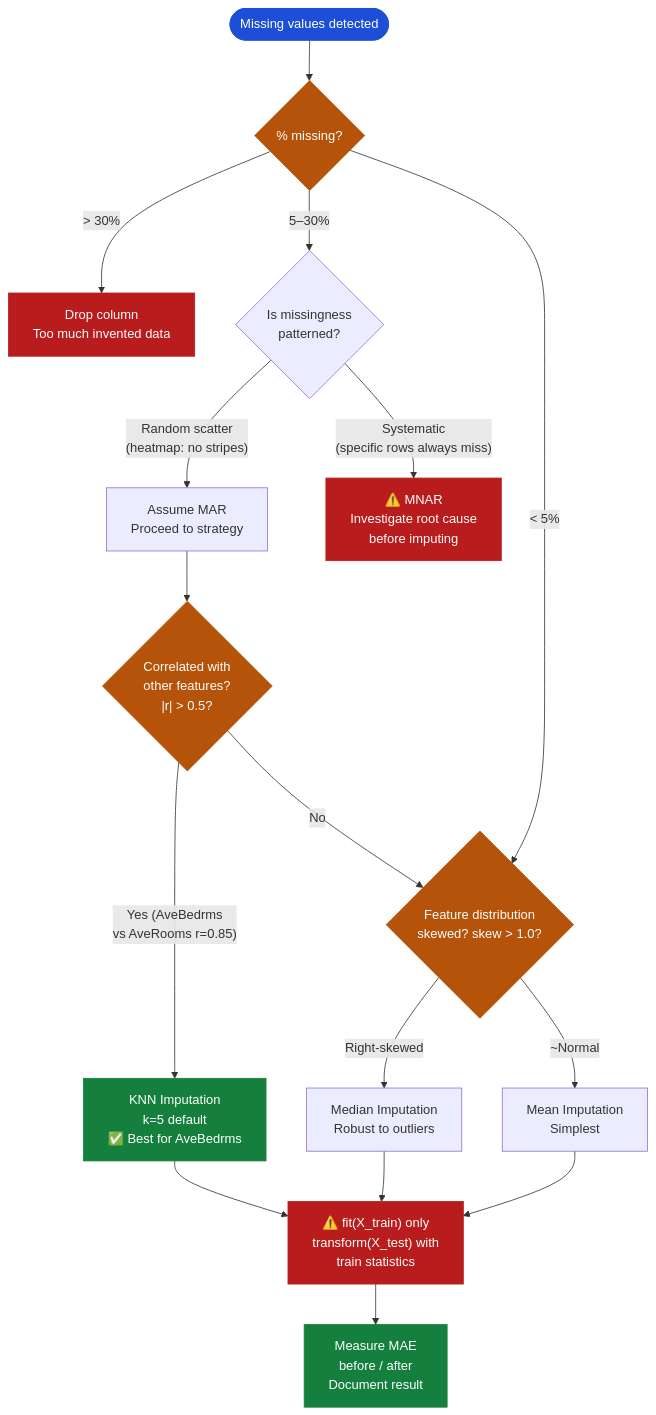
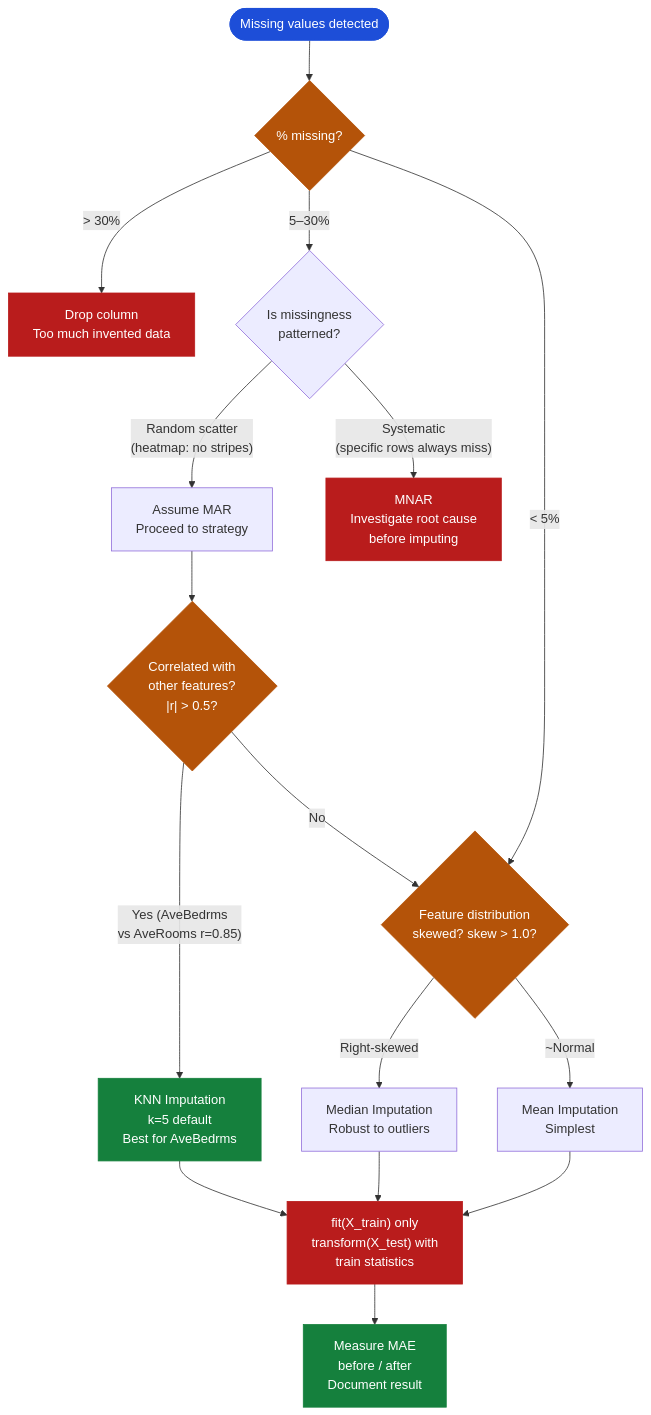
Before and after one commit to dsgouda7/ai-portfolio: the second of 2 diagrams in notes/01-ml/01-regression/ch00a-data-prep/README.md, drawn with Mermaid. The commit also changed other lines of this file and 179 other files, not shown here.

````diff
--- a/notes/01-ml/01-regression/ch00a-data-prep/README.md
+++ b/notes/01-ml/01-regression/ch00a-data-prep/README.md
@@ -710,34 +709,34 @@
 ```mermaid
 flowchart TD
-    START(["Missing values detected"]) --> PCT{"% missing?"}
+ START(["Missing values detected"]) --> PCT{"% missing?"}
 
-    PCT -->|"> 30%"| DROP2["Drop column\nToo much invented data"]
-    PCT -->|"5–30%"| PATTERN{"Is missingness\npatterned?"}
-    PCT -->|"< 5%"| DIST{"Feature distribution\nskewed? skew > 1.0?"}
+ PCT -->|"> 30%"| DROP2["Drop column\nToo much invented data"]
+ PCT -->|"5–30%"| PATTERN{"Is missingness\npatterned?"}
+ PCT -->|"< 5%"| DIST{"Feature distribution\nskewed? skew > 1.0?"}
 
-    PATTERN -->|"Random scatter\n(heatmap: no stripes)"| MAR["Assume MAR\nProceed to strategy"]
-    PATTERN -->|"Systematic\n(specific rows always miss)"| MNAR["⚠️ MNAR\nInvestigate root cause\nbefore imputing"]
+ PATTERN -->|"Random scatter\n(heatmap: no stripes)"| MAR["Assume MAR\nProceed to strategy"]
+ PATTERN -->|"Systematic\n(specific rows always miss)"| MNAR[" MNAR\nInvestigate root cause\nbefore imputing"]
 
-    MAR --> CORR2{"Correlated with\nother features?\n|r| > 0.5?"}
-    CORR2 -->|"Yes (AveBedrms\nvs AveRooms r=0.85)"| KNN2["KNN Imputation\nk=5 default\n✅ Best for AveBedrms"]
-    CORR2 -->|"No"| DIST
+ MAR --> CORR2{"Correlated with\nother features?\n|r| > 0.5?"}
+ CORR2 -->|"Yes (AveBedrms\nvs AveRooms r=0.85)"| KNN2["KNN Imputation\nk=5 default\n Best for AveBedrms"]
+ CORR2 -->|"No"| DIST
 
-    DIST -->|"Right-skewed"| MEDIAN2["Median Imputation\nRobust to outliers"]
-    DIST -->|"~Normal"| MEAN2["Mean Imputation\nSimplest"]
+ DIST -->|"Right-skewed"| MEDIAN2["Median Imputation\nRobust to outliers"]
+ DIST -->|"~Normal"| MEAN2["Mean Imputation\nSimplest"]
 
-    KNN2 --> LEAKAGE["⚠️ fit(X_train) only\ntransform(X_test) with\ntrain statistics"]
-    MEDIAN2 --> LEAKAGE
-    MEAN2 --> LEAKAGE
+ KNN2 --> LEAKAGE[" fit(X_train) only\ntransform(X_test) with\ntrain statistics"]
+ MEDIAN2 --> LEAKAGE
+ MEAN2 --> LEAKAGE
 
-    LEAKAGE --> MEASURE["Measure MAE\nbefore / after\nDocument result"]
+ LEAKAGE --> MEASURE["Measure MAE\nbefore / after\nDocument result"]
 
-    style START fill:#1d4ed8,color:#fff,stroke:#1d4ed8
-    style DROP2 fill:#b91c1c,color:#fff,stroke:#b91c1c
-    style MNAR fill:#b91c1c,color:#fff,stroke:#b91c1c
-    style KNN2 fill:#15803d,color:#fff,stroke:#15803d
-    style PCT fill:#b45309,color:#fff,stroke:#b45309
-    style CORR2 fill:#b45309,color:#fff,stroke:#b45309
-    style DIST fill:#b45309,color:#fff,stroke:#b45309
-    style LEAKAGE fill:#b91c1c,color:#fff,stroke:#b91c1c
-    style MEASURE fill:#15803d,color:#fff,stroke:#15803d
+ style START fill:#1d4ed8,color:#fff,stroke:#1d4ed8
+ style DROP2 fill:#b91c1c,color:#fff,stroke:#b91c1c
+ style MNAR fill:#b91c1c,color:#fff,stroke:#b91c1c
+ style KNN2 fill:#15803d,color:#fff,stroke:#15803d
+ style PCT fill:#b45309,color:#fff,stroke:#b45309
+ style CORR2 fill:#b45309,color:#fff,stroke:#b45309
+ style DIST fill:#b45309,color:#fff,stroke:#b45309
+ style LEAKAGE fill:#b91c1c,color:#fff,stroke:#b91c1c
+ style MEASURE fill:#15803d,color:#fff,stroke:#15803d
 ```
````
